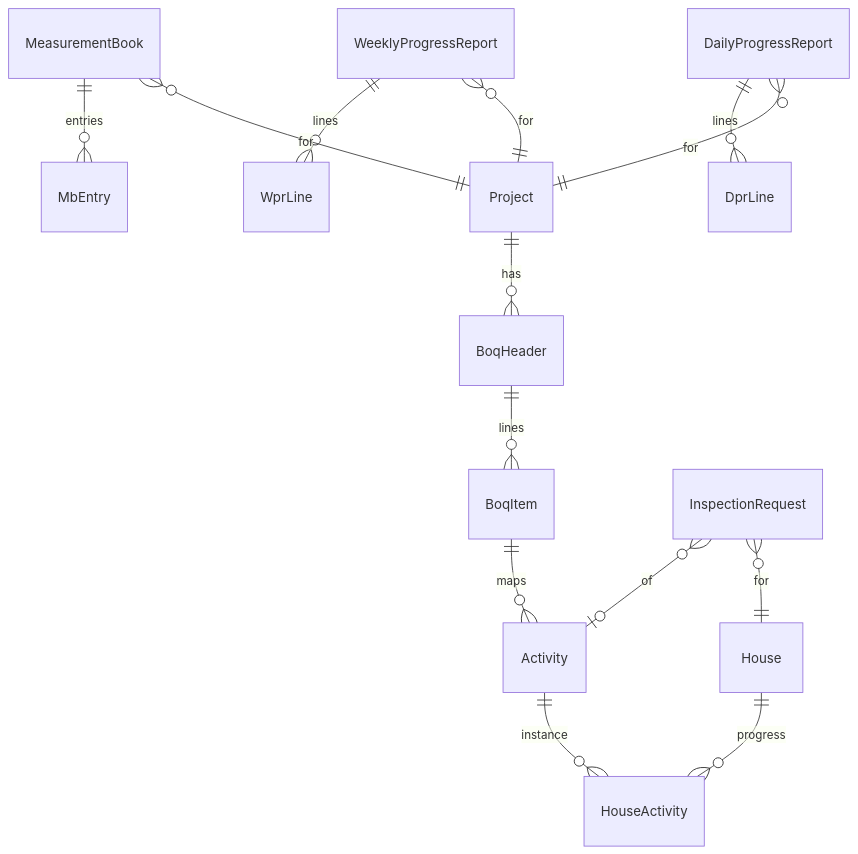
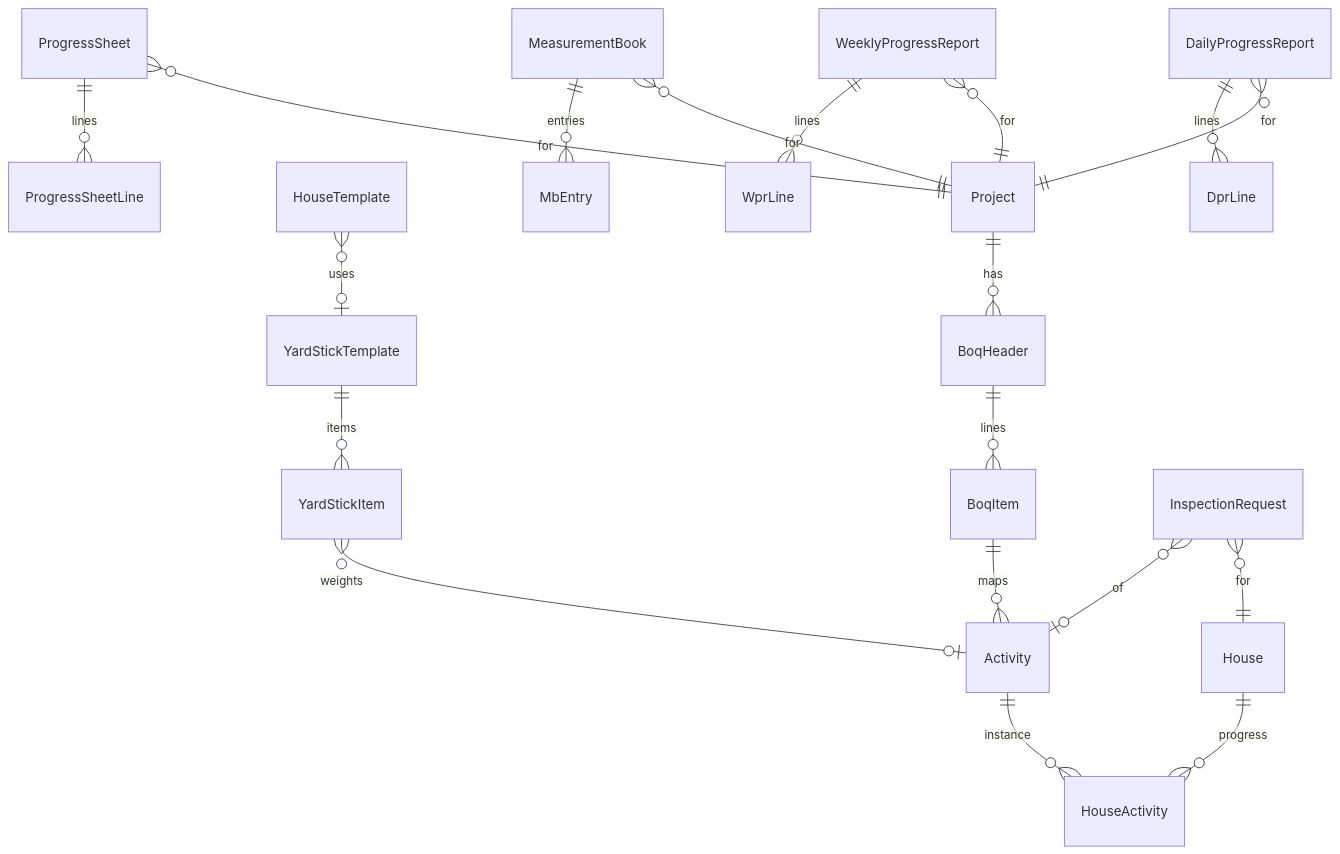
One commit to abubakar10/fazaia-housing changed the third of 5 diagrams in docs/02-DATABASE-ERD.md. Above: the diagram before and after it, drawn with Mermaid. The commit also changed other lines of this file and 26 other files, not shown here.

First line of the commit message:
feat: refine Module 7 and extend commercial architecture docs

````diff
--- a/docs/02-DATABASE-ERD.md
+++ b/docs/02-DATABASE-ERD.md
@@ -77,16 +77,21 @@
 ```mermaid
 erDiagram
   Project ||--o{ BoqHeader : has
   BoqHeader ||--o{ BoqItem : lines
   BoqItem ||--o{ Activity : maps
+  YardStickTemplate ||--o{ YardStickItem : items
+  YardStickItem }o--o| Activity : weights
+  HouseTemplate }o--o| YardStickTemplate : uses
   House ||--o{ HouseActivity : progress
   Activity ||--o{ HouseActivity : instance
   InspectionRequest }o--|| House : for
   InspectionRequest }o--o| Activity : of
   DailyProgressReport }o--|| Project : for
   DailyProgressReport ||--o{ DprLine : lines
   WeeklyProgressReport }o--|| Project : for
   WeeklyProgressReport ||--o{ WprLine : lines
   MeasurementBook }o--|| Project : for
   MeasurementBook ||--o{ MbEntry : entries
+  ProgressSheet }o--|| Project : for
+  ProgressSheet ||--o{ ProgressSheetLine : lines
 ```
````
